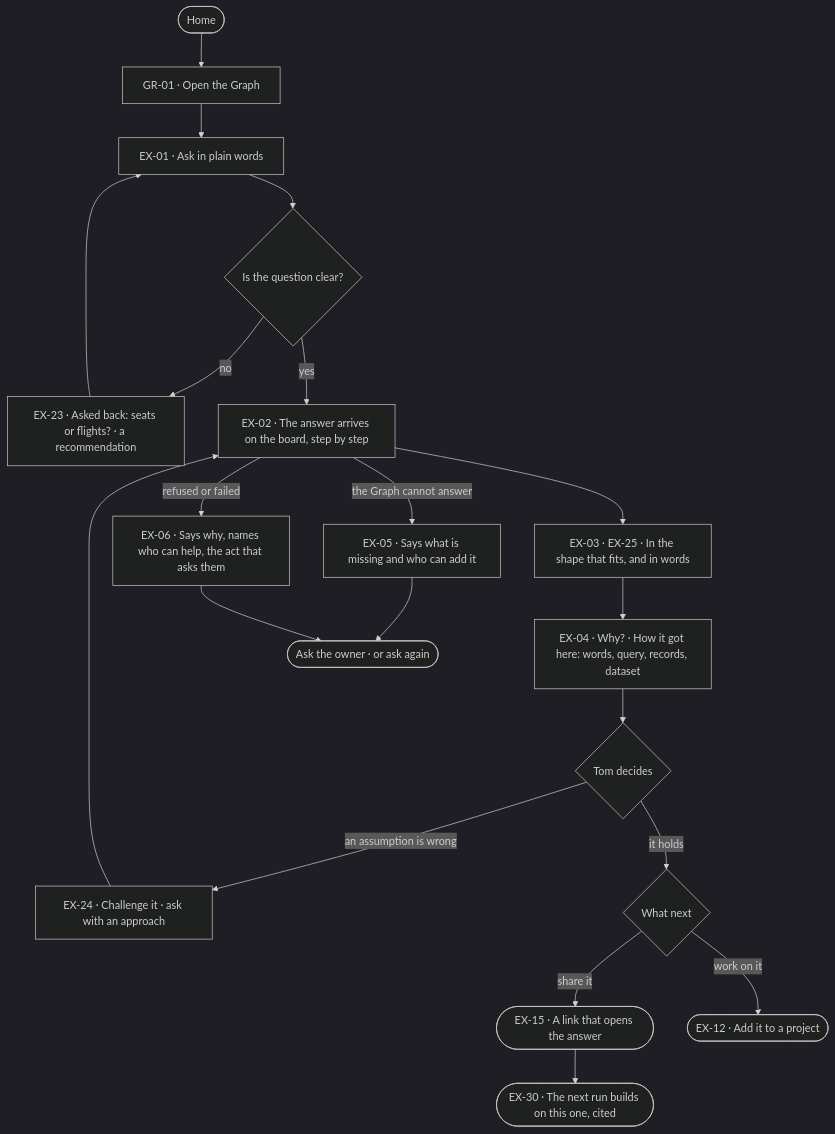
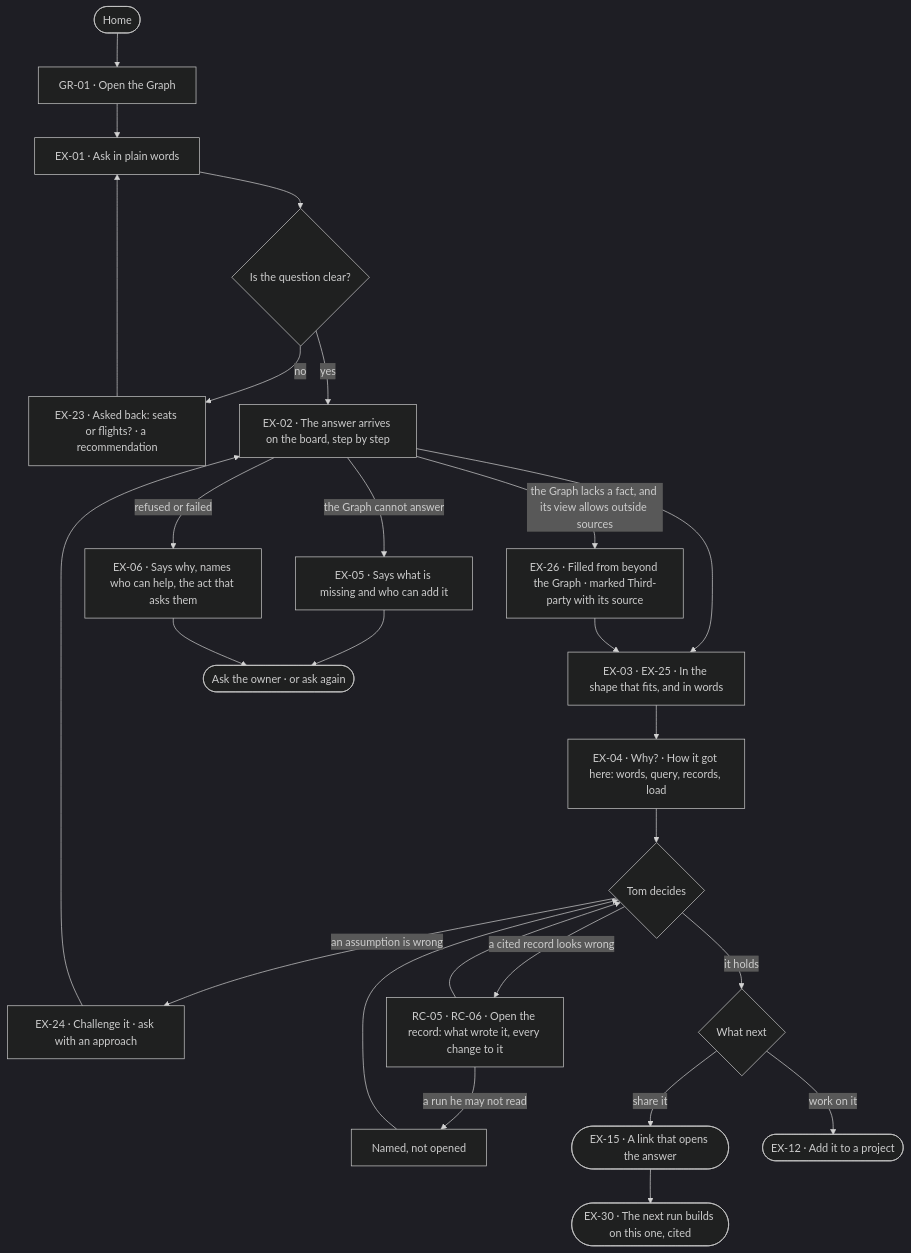
Before and after one commit to invana/invana: the diagram in specs/journeys/J02-ask-and-trust-the-answer.md, drawn with Mermaid (dark theme). The commit also changed other lines of this file and 637 other files, not shown here.

````diff
--- a/specs/journeys/J02-ask-and-trust-the-answer.md
+++ b/specs/journeys/J02-ask-and-trust-the-answer.md
@@ -16,20 +16,24 @@
 ```mermaid
 flowchart TD
   A([Home]) --> B["GR-01 · Open the Graph"]
   B --> C["EX-01 · Ask in plain words"]
   C --> D{"Is the question clear?"}
   D -->|no| E["EX-23 · Asked back: seats or flights? · a recommendation"] --> C
   D -->|yes| F["EX-02 · The answer arrives on the board, step by step"]
   F --> G["EX-03 · EX-25 · In the shape that fits, and in words"]
-  G --> H["EX-04 · Why? · How it got here: words, query, records, dataset"]
+  G --> H["EX-04 · Why? · How it got here: words, query, records, load"]
   H --> I{"Tom decides"}
   I -->|an assumption is wrong| J["EX-24 · Challenge it · ask with an approach"] --> F
+  I -->|a cited record looks wrong| R["RC-05 · RC-06 · Open the record: what wrote it, every change to it"]
+  R -->|a run he may not read| R1["Named, not opened"] --> I
+  R --> I
   I -->|it holds| K{"What next"}
   K -->|share it| L(["EX-15 · A link that opens the answer"])
   K -->|work on it| M(["EX-12 · Add it to a project"])
+  F -->|the Graph lacks a fact, and its view allows outside sources| X["EX-26 · Filled from beyond the Graph · marked Third-party with its source"] --> G
   F -->|the Graph cannot answer| N["EX-05 · Says what is missing and who can add it"]
   F -->|refused or failed| O["EX-06 · Says why, names who can help, the act that asks them"]
   N --> P(["Ask the owner · or ask again"])
   O --> P
   L --> Q(["EX-30 · The next run builds on this one, cited"])
 ```
````
